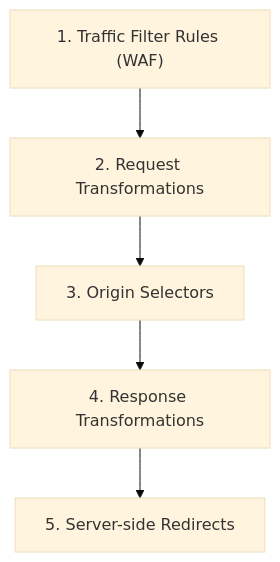
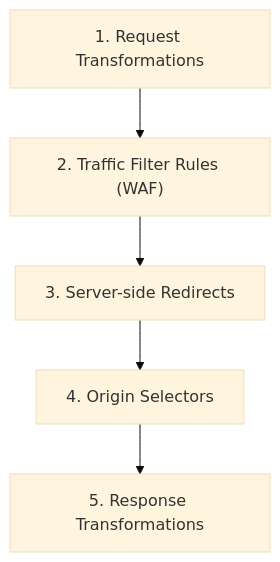
The second of 2 diagrams in docs/aem/infrastructure/dispatcher-configuration.mdx (LucaNerlich/lucanerlich.com), drawn with Mermaid (base theme) before and after one commit. The commit also changed other lines of this file, not shown here.

````diff
--- a/docs/aem/infrastructure/dispatcher-configuration.mdx
+++ b/docs/aem/infrastructure/dispatcher-configuration.mdx
@@ -853,7 +861,7 @@
 ```mermaid
 graph TD
-    A["1. Traffic Filter Rules (WAF)"] --> B["2. Request Transformations"]
-    B --> C["3. Origin Selectors"]
-    C --> D["4. Response Transformations"]
-    D --> E["5. Server-side Redirects"]
+    A["1. Request Transformations"] --> B["2. Traffic Filter Rules (WAF)"]
+    B --> C["3. Server-side Redirects"]
+    C --> D["4. Origin Selectors"]
+    D --> E["5. Response Transformations"]
 ```
````
